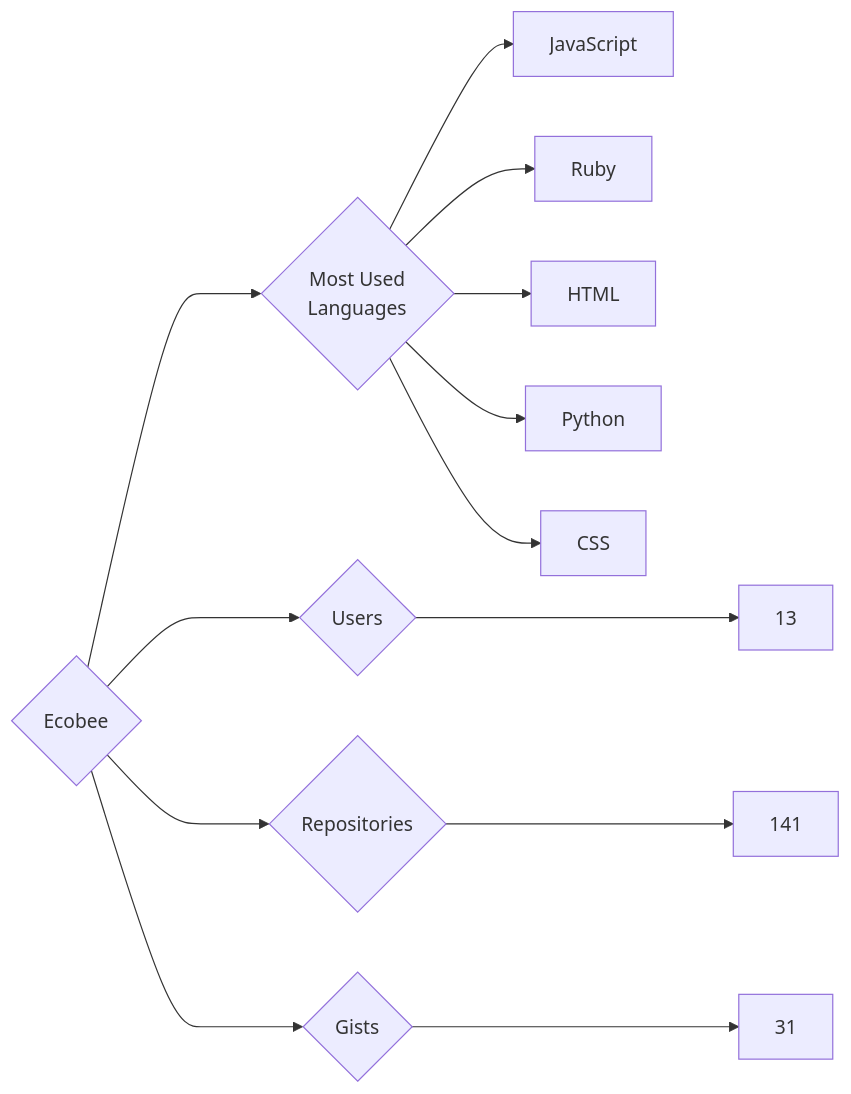
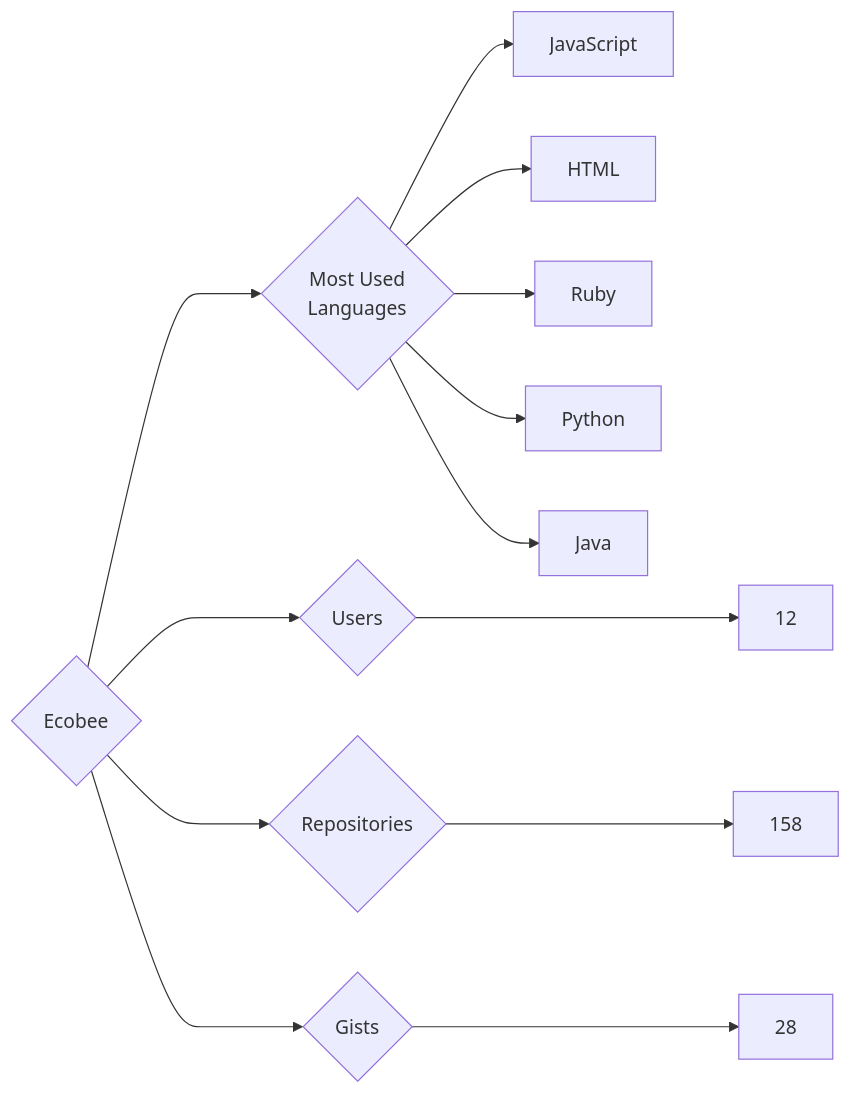
Before and after one commit to trickest/insiders: the diagram in targets/Ecobee/README.md, drawn with Mermaid. The commit also changed 636 other files, not shown here.

````diff
--- a/targets/Ecobee/README.md
+++ b/targets/Ecobee/README.md
@@ -3,13 +3,13 @@
 ```mermaid
 graph LR
 COMPANY_NAME{Ecobee}
-COMPANY_NAME ---> U{Users} ---> UN[13]
-COMPANY_NAME ---> R{Repositories} ---> RN[141]
-COMPANY_NAME ---> G{Gists} ---> GN[31]
+COMPANY_NAME ---> U{Users} ---> UN[12]
+COMPANY_NAME ---> R{Repositories} ---> RN[158]
+COMPANY_NAME ---> G{Gists} ---> GN[28]
 COMPANY_NAME ---> ML{Most Used<br>Languages}
 ML --> JavaScript[JavaScript]
+ML --> HTML[HTML]
 ML --> Ruby[Ruby]
-ML --> HTML[HTML]
 ML --> Python[Python]
-ML --> CSS[CSS]
+ML --> Java[Java]
 ```
````
